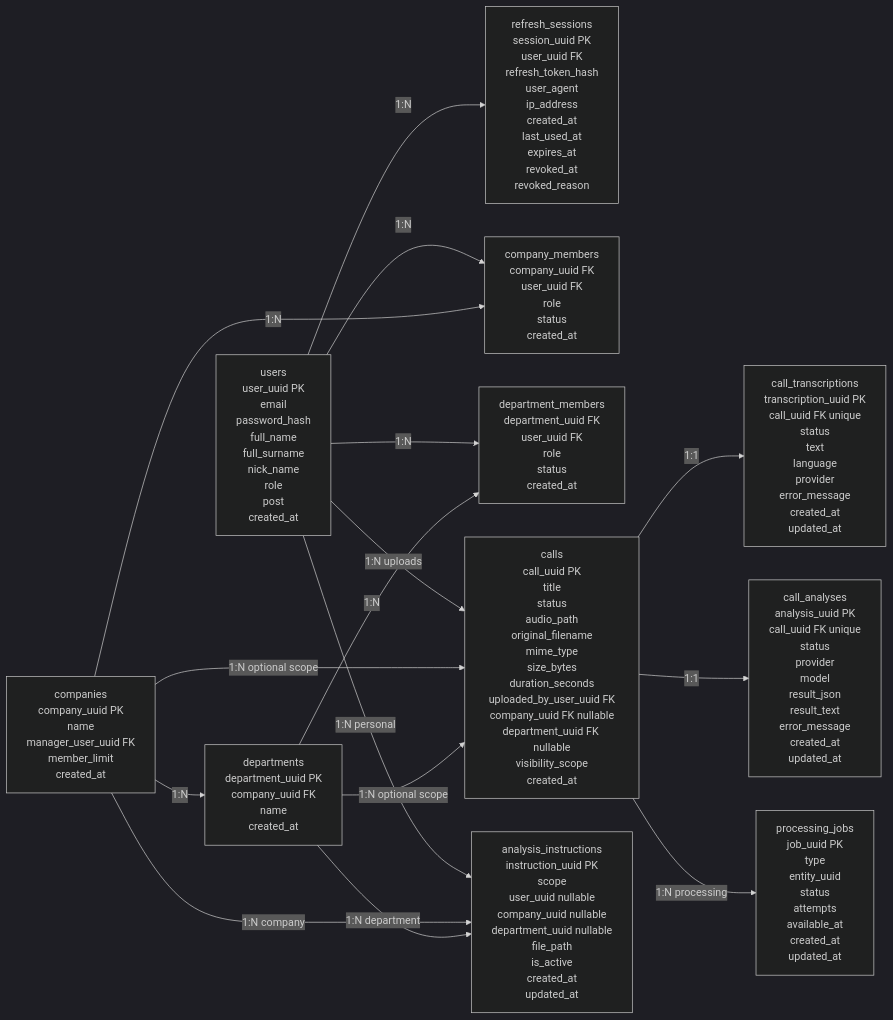
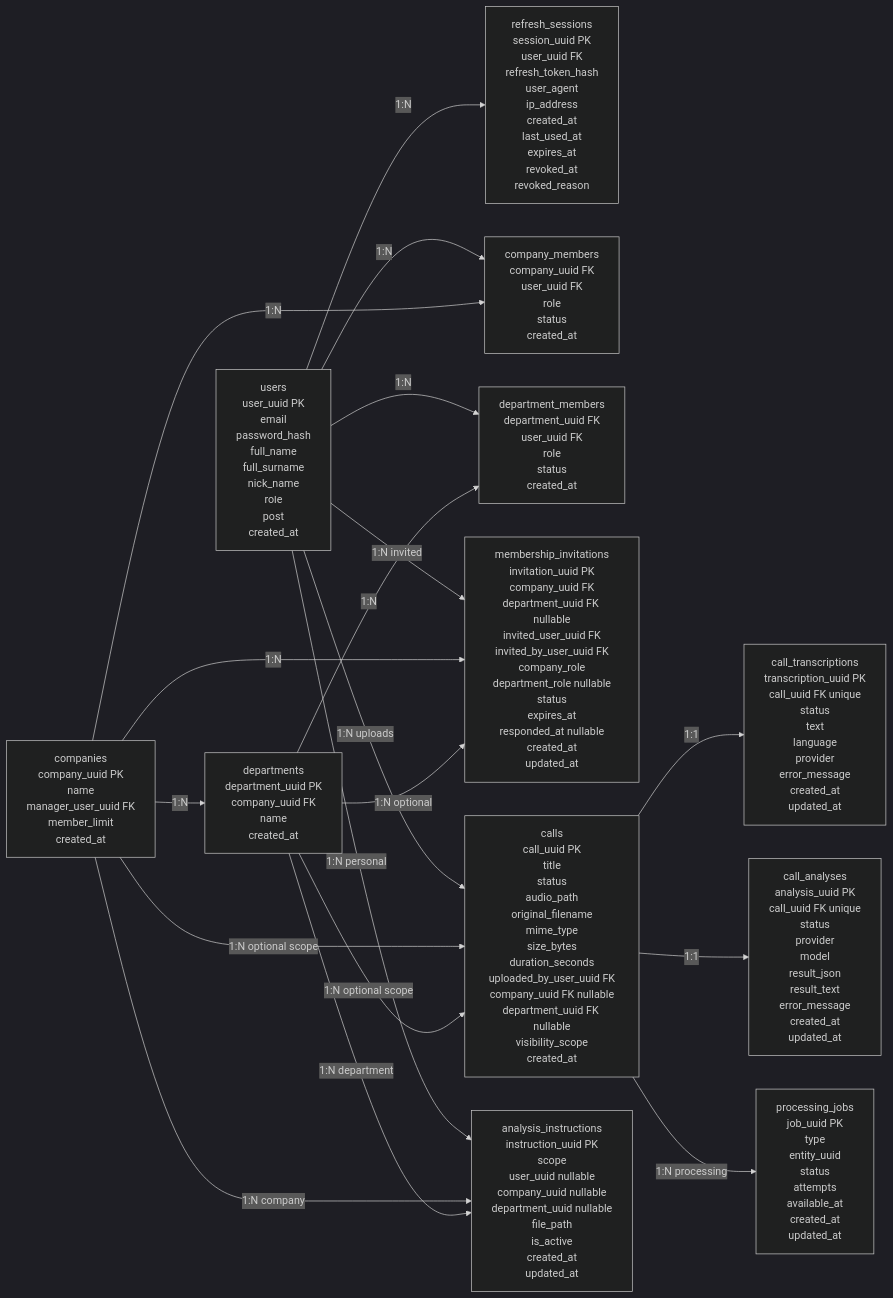
One commit to SHILOP0P/CallLens changed the first of 3 diagrams in Monolit/README.md. Above: the diagram before and after it, drawn with Mermaid (dark theme). The commit also changed other lines of this file and 83 other files, not shown here.

Commit message:
Implement subscription and invitation flows

````diff
--- a/Monolit/README.md
+++ b/Monolit/README.md
@@ -64,34 +65,38 @@
 ```mermaid
 flowchart LR
     users["users<br/>user_uuid PK<br/>email<br/>password_hash<br/>full_name<br/>full_surname<br/>nick_name<br/>role<br/>post<br/>created_at"]
     refresh_sessions["refresh_sessions<br/>session_uuid PK<br/>user_uuid FK<br/>refresh_token_hash<br/>user_agent<br/>ip_address<br/>created_at<br/>last_used_at<br/>expires_at<br/>revoked_at<br/>revoked_reason"]
     companies["companies<br/>company_uuid PK<br/>name<br/>manager_user_uuid FK<br/>member_limit<br/>created_at"]
     company_members["company_members<br/>company_uuid FK<br/>user_uuid FK<br/>role<br/>status<br/>created_at"]
     departments["departments<br/>department_uuid PK<br/>company_uuid FK<br/>name<br/>created_at"]
     department_members["department_members<br/>department_uuid FK<br/>user_uuid FK<br/>role<br/>status<br/>created_at"]
+    membership_invitations["membership_invitations<br/>invitation_uuid PK<br/>company_uuid FK<br/>department_uuid FK nullable<br/>invited_user_uuid FK<br/>invited_by_user_uuid FK<br/>company_role<br/>department_role nullable<br/>status<br/>expires_at<br/>responded_at nullable<br/>created_at<br/>updated_at"]
     calls["calls<br/>call_uuid PK<br/>title<br/>status<br/>audio_path<br/>original_filename<br/>mime_type<br/>size_bytes<br/>duration_seconds<br/>uploaded_by_user_uuid FK<br/>company_uuid FK nullable<br/>department_uuid FK nullable<br/>visibility_scope<br/>created_at"]
     processing_jobs["processing_jobs<br/>job_uuid PK<br/>type<br/>entity_uuid<br/>status<br/>attempts<br/>available_at<br/>created_at<br/>updated_at"]
     call_transcriptions["call_transcriptions<br/>transcription_uuid PK<br/>call_uuid FK unique<br/>status<br/>text<br/>language<br/>provider<br/>error_message<br/>created_at<br/>updated_at"]
     analysis_instructions["analysis_instructions<br/>instruction_uuid PK<br/>scope<br/>user_uuid nullable<br/>company_uuid nullable<br/>department_uuid nullable<br/>file_path<br/>is_active<br/>created_at<br/>updated_at"]
     call_analyses["call_analyses<br/>analysis_uuid PK<br/>call_uuid FK unique<br/>status<br/>provider<br/>model<br/>result_json<br/>result_text<br/>error_message<br/>created_at<br/>updated_at"]
 
     users -->|"1:N"| refresh_sessions
     users -->|"1:N"| company_members
     users -->|"1:N"| department_members
+    users -->|"1:N invited"| membership_invitations
     users -->|"1:N uploads"| calls
 
     companies -->|"1:N"| company_members
     companies -->|"1:N"| departments
+    companies -->|"1:N"| membership_invitations
     companies -->|"1:N optional scope"| calls
 
     departments -->|"1:N"| department_members
+    departments -->|"1:N optional"| membership_invitations
     departments -->|"1:N optional scope"| calls
 
     calls -->|"1:1"| call_transcriptions
     calls -->|"1:1"| call_analyses
     calls -->|"1:N processing"| processing_jobs
 
     users -->|"1:N personal"| analysis_instructions
     companies -->|"1:N company"| analysis_instructions
     departments -->|"1:N department"| analysis_instructions
 ```
````
